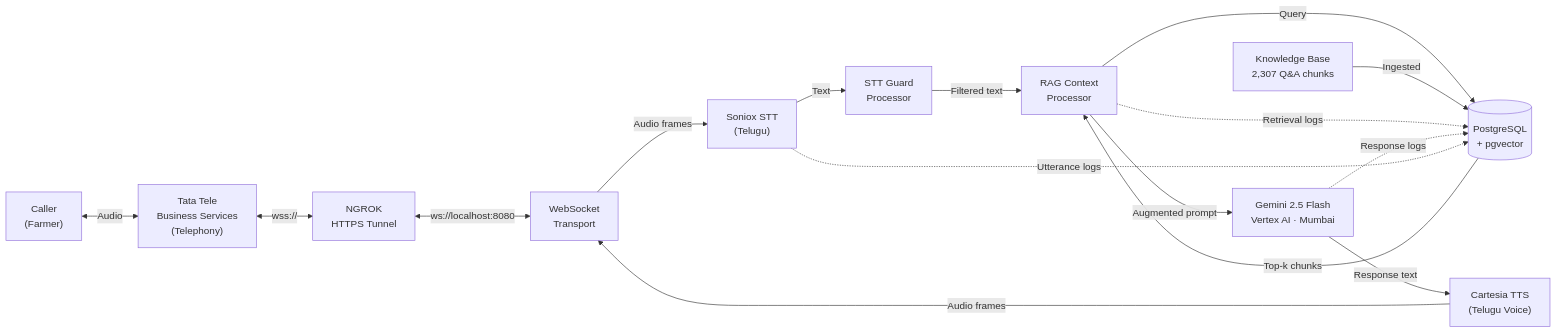
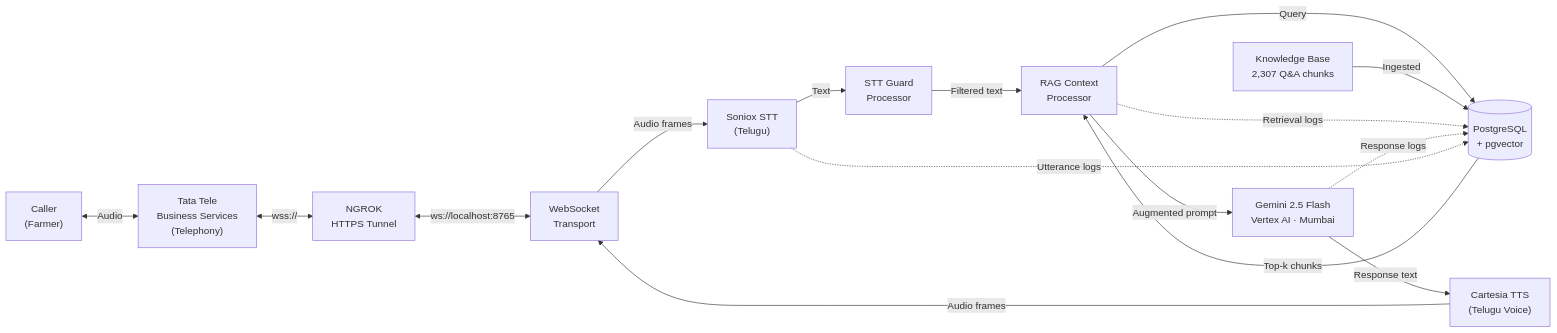
One commit to satyasurya7/FarmV_POC changed the diagram in README.md. Above: the diagram before and after it, drawn with Mermaid. The commit also changed other lines of this file and 17 other files, not shown here.

````diff
--- a/README.md
+++ b/README.md
@@ -9,31 +9,31 @@
 ```mermaid
 flowchart LR
     Caller["Caller\n(Farmer)"]
     TataTele["Tata Tele\nBusiness Services\n(Telephony)"]
     NGROK["NGROK\nHTTPS Tunnel"]
     WS["WebSocket\nTransport"]
     STT["Soniox STT\n(Telugu)"]
     Guard["STT Guard\nProcessor"]
     RAG["RAG Context\nProcessor"]
     LLM["Gemini 2.5 Flash\nVertex AI · Mumbai"]
     TTS["Cartesia TTS\n(Telugu Voice)"]
     DB[(PostgreSQL\n+ pgvector)]
     KB["Knowledge Base\n2,307 Q&A chunks"]
 
     Caller <-->|Audio| TataTele
     TataTele <-->|wss://| NGROK
-    NGROK <-->|ws://localhost:8080| WS
+    NGROK <-->|ws://localhost:8765| WS
     WS -->|Audio frames| STT
     STT -->|Text| Guard
     Guard -->|Filtered text| RAG
     RAG -->|Query| DB
     DB -->|Top-k chunks| RAG
     KB -->|Ingested| DB
     RAG -->|Augmented prompt| LLM
     LLM -->|Response text| TTS
     TTS -->|Audio frames| WS
 
     RAG -.->|Retrieval logs| DB
     LLM -.->|Response logs| DB
     STT -.->|Utterance logs| DB
 ```
````
